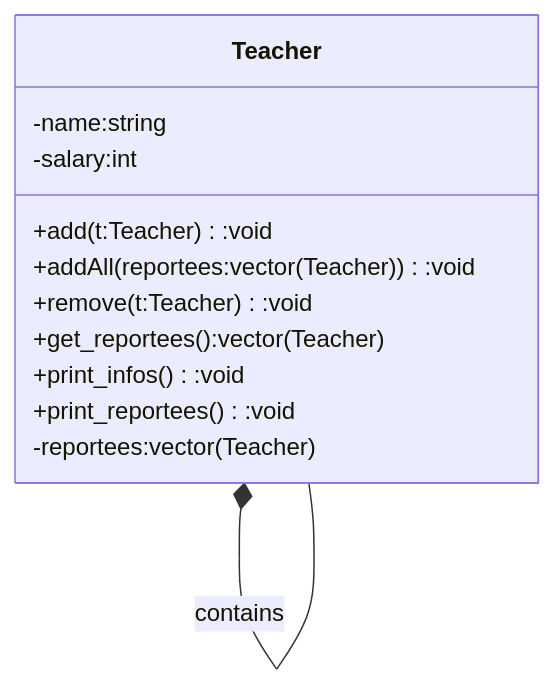
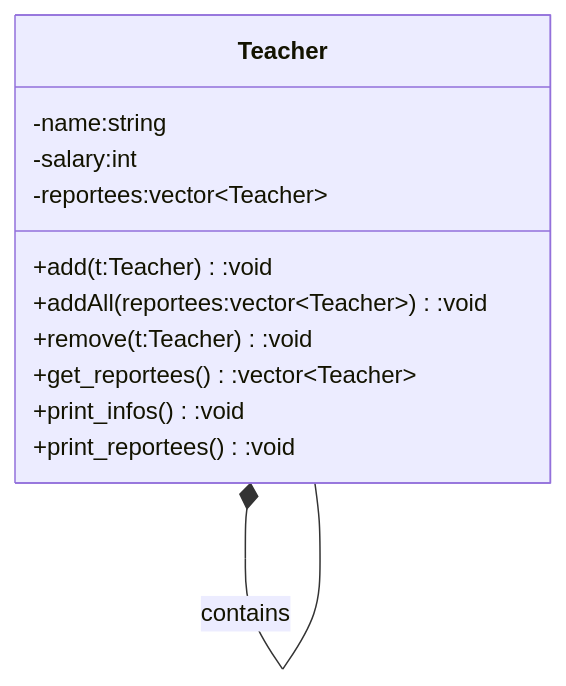
Before and after one commit to aperlini/Design-Patterns: the diagram in Structural/Composite/README.md, drawn with Mermaid. The commit also changed 2 other files, not shown here.

Commit message:
Correction Structural

````diff
--- a/Structural/Composite/README.md
+++ b/Structural/Composite/README.md
@@ -5,17 +5,17 @@
 ```mermaid
 classDiagram
 
 	Teacher *-- Teacher:contains
 
 	class Teacher {
           +add(t:Teacher):void
-          +addAll(reportees:vector(Teacher)):void
+          +addAll(reportees:vector~Teacher~):void
           +remove(t:Teacher):void
-          +get_reportees():vector(Teacher)
+          +get_reportees():vector~Teacher~
           +print_infos():void
           +print_reportees():void
           -name:string
           -salary:int
-          -reportees:vector(Teacher)
+          -reportees:vector~Teacher~
       }
 ```
````
